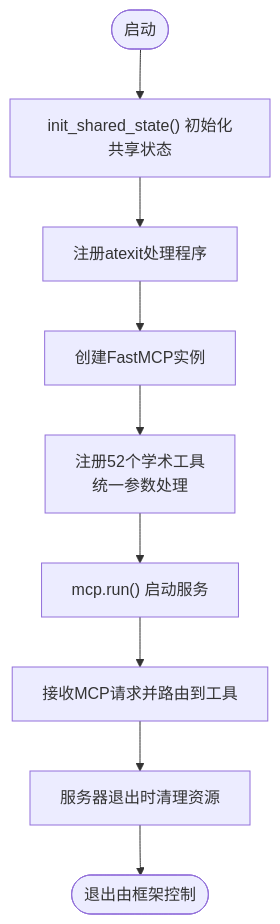
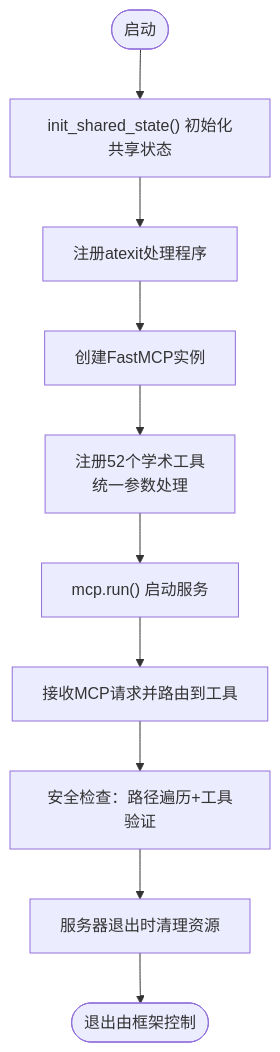
Before and after one commit to 1173591564/academic-based-qoder: the third of 8 diagrams in .qoder/repowiki/zh/content/MCP服务系统/MCP服务器架构.md, drawn with Mermaid. The commit also changed other lines of this file and 110 other files, not shown here.

````diff
--- a/.qoder/repowiki/zh/content/MCP服务系统/MCP服务器架构.md
+++ b/.qoder/repowiki/zh/content/MCP服务系统/MCP服务器架构.md
@@ -190,11 +190,12 @@
 ```mermaid
 flowchart TD
 Start(["启动"]) --> InitState["init_shared_state() 初始化共享状态"]
 InitState --> RegisterCleanup["注册atexit处理程序"]
 RegisterCleanup --> NewMCP["创建FastMCP实例"]
 NewMCP --> RegisterTools["注册52个学术工具<br/>统一参数处理"]
 RegisterTools --> Run["mcp.run() 启动服务"]
 Run --> Serve["接收MCP请求并路由到工具"]
-Serve --> Cleanup["服务器退出时清理资源"]
+Serve --> SecurityCheck["安全检查：路径遍历+工具验证"]
+SecurityCheck --> Cleanup["服务器退出时清理资源"]
 Cleanup --> End(["退出由框架控制"])
 ```
````
